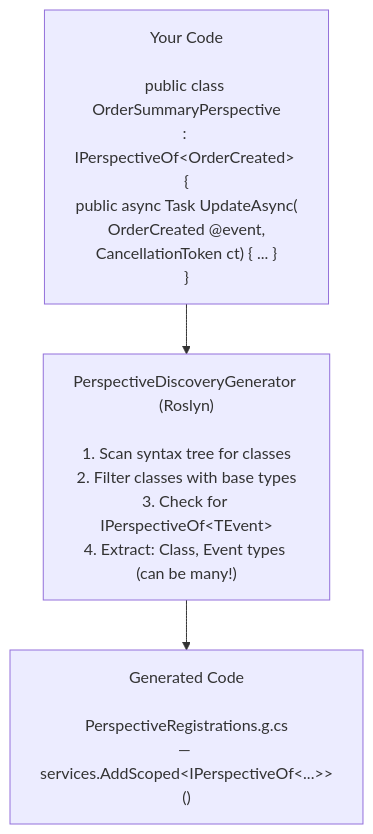
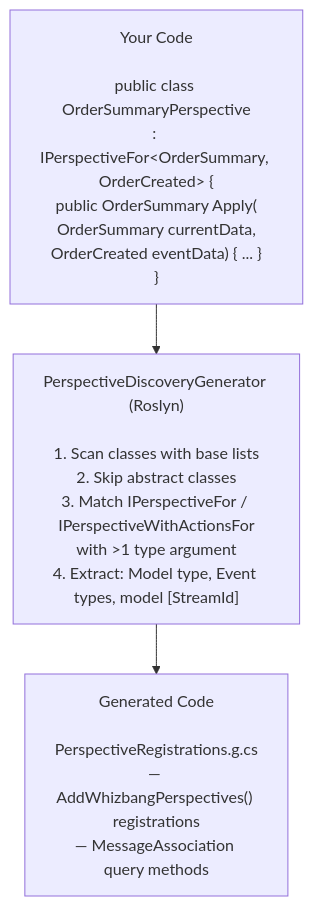
One commit to whizbang-lib/whizbang-lib.github.io changed the diagram in src/assets/docs/v1.0.0/extending/source-generators/perspective-discovery.md. Above: the diagram before and after it, drawn with Mermaid. The commit also changed other lines of this file and 107 other files, not shown here.

````diff
--- a/src/assets/docs/v1.0.0/extending/source-generators/perspective-discovery.md
+++ b/src/assets/docs/v1.0.0/extending/source-generators/perspective-discovery.md
@@ -116,13 +118,13 @@
 ```mermaid
 flowchart TD
-    Code["Your Code<br/><br/>public class OrderSummaryPerspective<br/>: IPerspectiveOf&lt;OrderCreated&gt; {<br/>public async Task UpdateAsync(<br/>OrderCreated @event,<br/>CancellationToken ct) { ... }<br/>}"]
-    Generator["PerspectiveDiscoveryGenerator (Roslyn)<br/><br/>1. Scan syntax tree for classes<br/>2. Filter classes with base types<br/>3. Check for IPerspectiveOf&lt;TEvent&gt;<br/>4. Extract: Class, Event types (can be many!)"]
-    Generated["Generated Code<br/><br/>PerspectiveRegistrations.g.cs<br/>— services.AddScoped&lt;IPerspectiveOf&lt;...&gt;&gt;()"]
+    Code["Your Code<br/><br/>public class OrderSummaryPerspective<br/>: IPerspectiveFor&lt;OrderSummary, OrderCreated&gt; {<br/>public OrderSummary Apply(<br/>OrderSummary currentData,<br/>OrderCreated eventData) { ... }<br/>}"]
+    Generator["PerspectiveDiscoveryGenerator (Roslyn)<br/><br/>1. Scan classes with base lists<br/>2. Skip abstract classes<br/>3. Match IPerspectiveFor / IPerspectiveWithActionsFor<br/>with &gt;1 type argument<br/>4. Extract: Model type, Event types, model [StreamId]"]
+    Generated["Generated Code<br/><br/>PerspectiveRegistrations.g.cs<br/>— AddWhizbangPerspectives() registrations<br/>— MessageAssociation query methods"]
 
     Code --> Generator
     Generator --> Generated
 
     class Code layer-read
     class Generator layer-infrastructure
     class Generated layer-core
 ```
````
